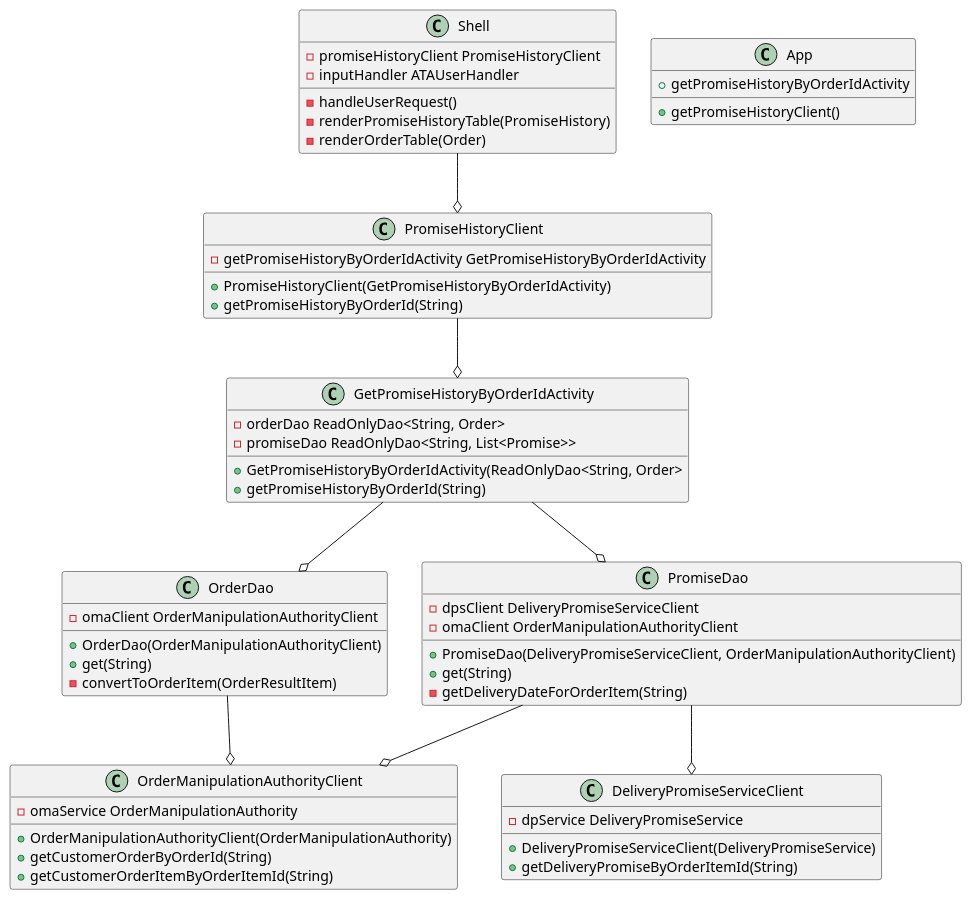
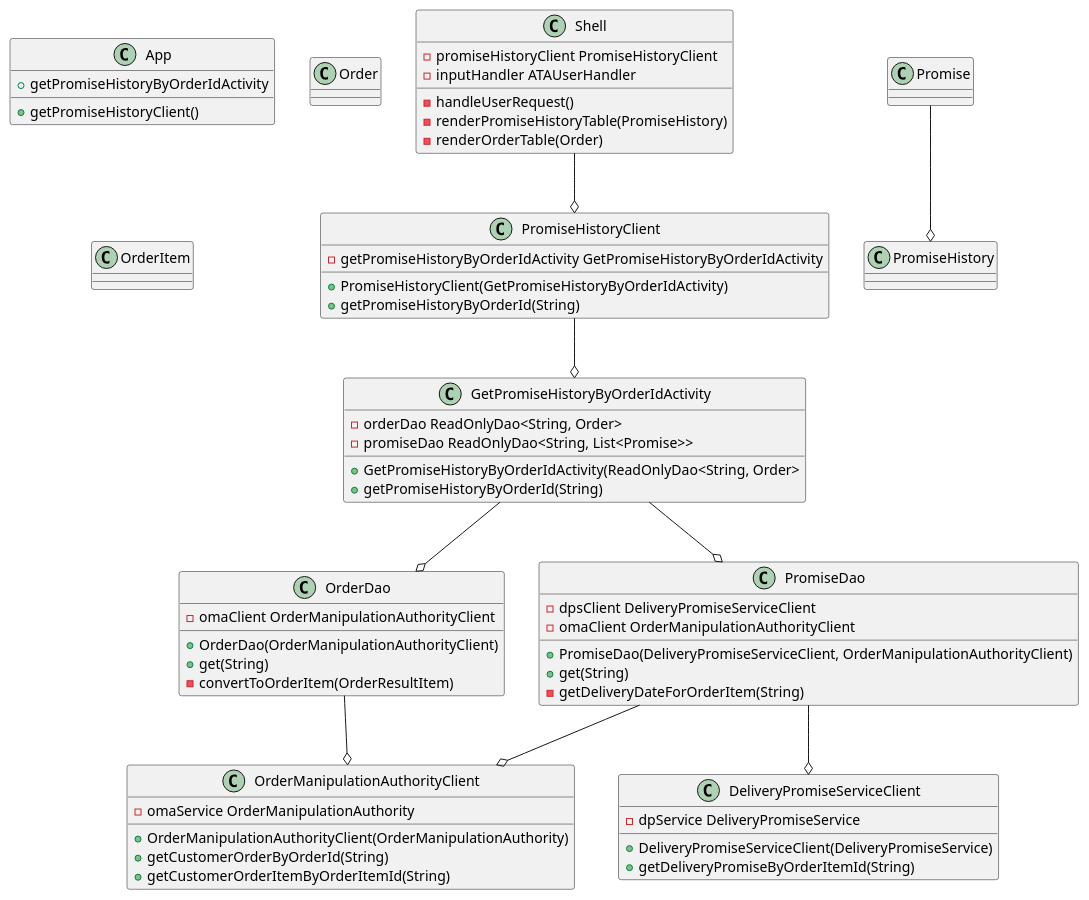
The diagram in src/resources/deliveringonourpromise_CD.puml (zdisalvo/OrderFulfillment), drawn with PlantUML before and after one commit. The commit also changed 6 other files, not shown here.

Commit message:
completed class diagramm for preparedness 4

```diff
--- a/src/resources/deliveringonourpromise_CD.puml
+++ b/src/resources/deliveringonourpromise_CD.puml
@@ -1,83 +1,99 @@
 @startuml
 
 class Shell {
     - promiseHistoryClient PromiseHistoryClient
     - inputHandler ATAUserHandler
 
     - handleUserRequest()
     - renderPromiseHistoryTable(PromiseHistory)
     - renderOrderTable(Order)
 
 }
 
 class App {
     + getPromiseHistoryClient()
     + getPromiseHistoryByOrderIdActivity
-    
+
 }
 
 
 class PromiseHistoryClient {
 - getPromiseHistoryByOrderIdActivity GetPromiseHistoryByOrderIdActivity
 
 + PromiseHistoryClient(GetPromiseHistoryByOrderIdActivity)
 + getPromiseHistoryByOrderId(String)
 
 }
 
 
 class GetPromiseHistoryByOrderIdActivity {
 - orderDao ReadOnlyDao<String, Order>
 - promiseDao ReadOnlyDao<String, List<Promise>>
 
 + GetPromiseHistoryByOrderIdActivity(ReadOnlyDao<String, Order>
 + getPromiseHistoryByOrderId(String)
 }
 
 
 class OrderDao {
 - omaClient OrderManipulationAuthorityClient
 
 + OrderDao(OrderManipulationAuthorityClient)
 + get(String)
 - convertToOrderItem(OrderResultItem)
 
 }
 
 
 class PromiseDao {
 - dpsClient DeliveryPromiseServiceClient
 - omaClient OrderManipulationAuthorityClient
 
 + PromiseDao(DeliveryPromiseServiceClient, OrderManipulationAuthorityClient)
 + get(String)
 - getDeliveryDateForOrderItem(String)
 }
 
 
 class OrderManipulationAuthorityClient {
 - omaService OrderManipulationAuthority
 
 + OrderManipulationAuthorityClient(OrderManipulationAuthority)
 + getCustomerOrderByOrderId(String)
 + getCustomerOrderItemByOrderItemId(String)
 }
 
 
 class DeliveryPromiseServiceClient {
 - dpService DeliveryPromiseService
 
 + DeliveryPromiseServiceClient(DeliveryPromiseService)
 + getDeliveryPromiseByOrderItemId(String)
 }
 
+class PromiseHistory {
+}
+
+class Promise {
+}
+
+class Order {
+}
+
+class OrderItem {
+}
+
+
+
+Promise --o PromiseHistory
+
 Shell --o PromiseHistoryClient
 PromiseHistoryClient --o GetPromiseHistoryByOrderIdActivity
 GetPromiseHistoryByOrderIdActivity --o OrderDao
 OrderDao --o OrderManipulationAuthorityClient
 GetPromiseHistoryByOrderIdActivity --o PromiseDao
 PromiseDao --o OrderManipulationAuthorityClient
 PromiseDao --o DeliveryPromiseServiceClient
 
 
 @enduml
```
